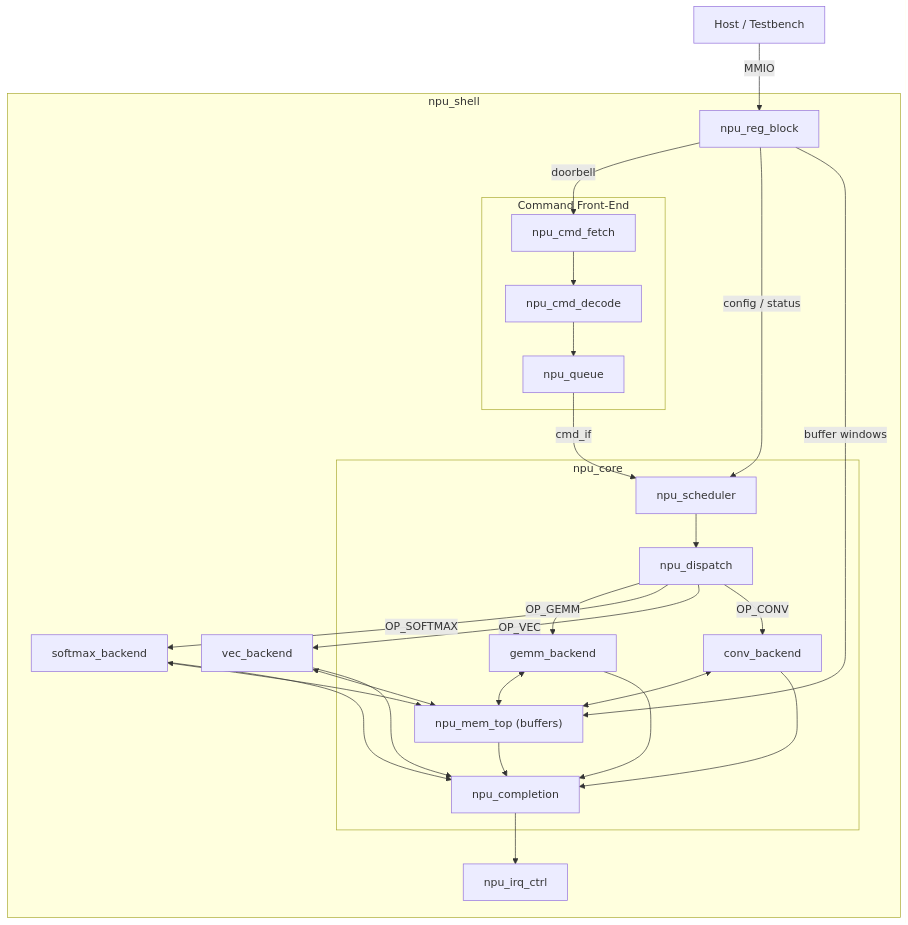
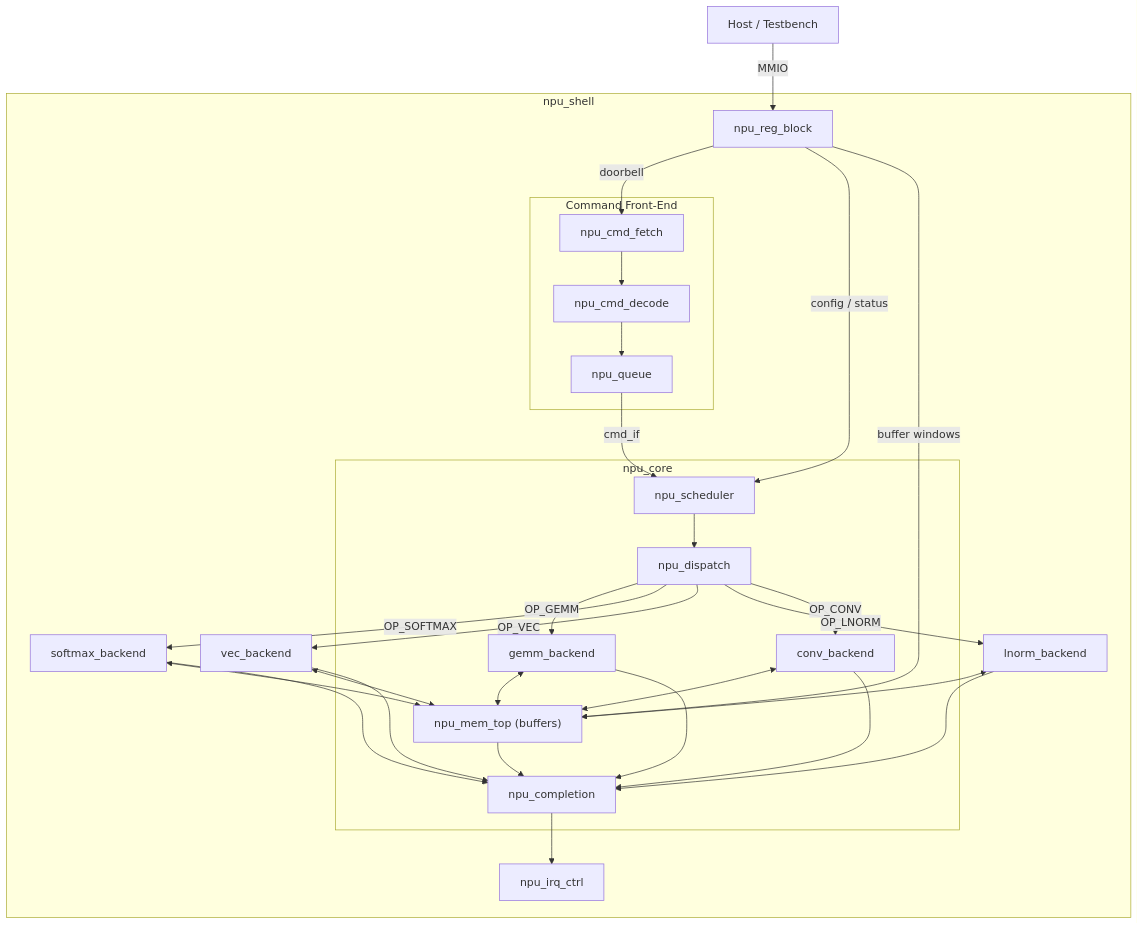
Before and after one commit to Arty3/lg-npu: the diagram in docs/arch/overview.md, drawn with Mermaid. The commit also changed other lines of this file and 11 other files, not shown here.

````diff
--- a/docs/arch/overview.md
+++ b/docs/arch/overview.md
@@ -27,47 +27,50 @@
 ```mermaid
 graph TD
     Host["Host / Testbench"]
 
     Host -- MMIO --> rb
 
     subgraph shell [npu_shell]
         rb["npu_reg_block"]
 
         subgraph cmd_fe [Command Front-End]
             cf["npu_cmd_fetch"] --> cd["npu_cmd_decode"] --> q["npu_queue"]
         end
 
         rb -- doorbell --> cf
 
         subgraph core [npu_core]
             sched["npu_scheduler"]
             dispatch["npu_dispatch"]
             mem_top["npu_mem_top (buffers)"]
             gemm["gemm_backend"]
             conv["conv_backend"]
             completion["npu_completion"]
         end
 
         q -- cmd_if --> sched
         rb -- "config / status" --> sched
         sched --> dispatch
         dispatch -- "OP_GEMM" --> gemm
         dispatch -- "OP_SOFTMAX" --> smax["softmax_backend"]
         dispatch -- "OP_VEC" --> vec["vec_backend"]
+        dispatch -- "OP_LNORM" --> lnorm["lnorm_backend"]
         dispatch -- "OP_CONV" --> conv
         gemm <--> mem_top
         smax <--> mem_top
         vec <--> mem_top
+        lnorm <--> mem_top
         conv <--> mem_top
         gemm --> completion
         smax --> completion
         vec --> completion
+        lnorm --> completion
         conv --> completion
         mem_top --> completion
 
         irq["npu_irq_ctrl"]
         completion --> irq
     end
 
     rb -- "buffer windows" --> mem_top
 ```
````
